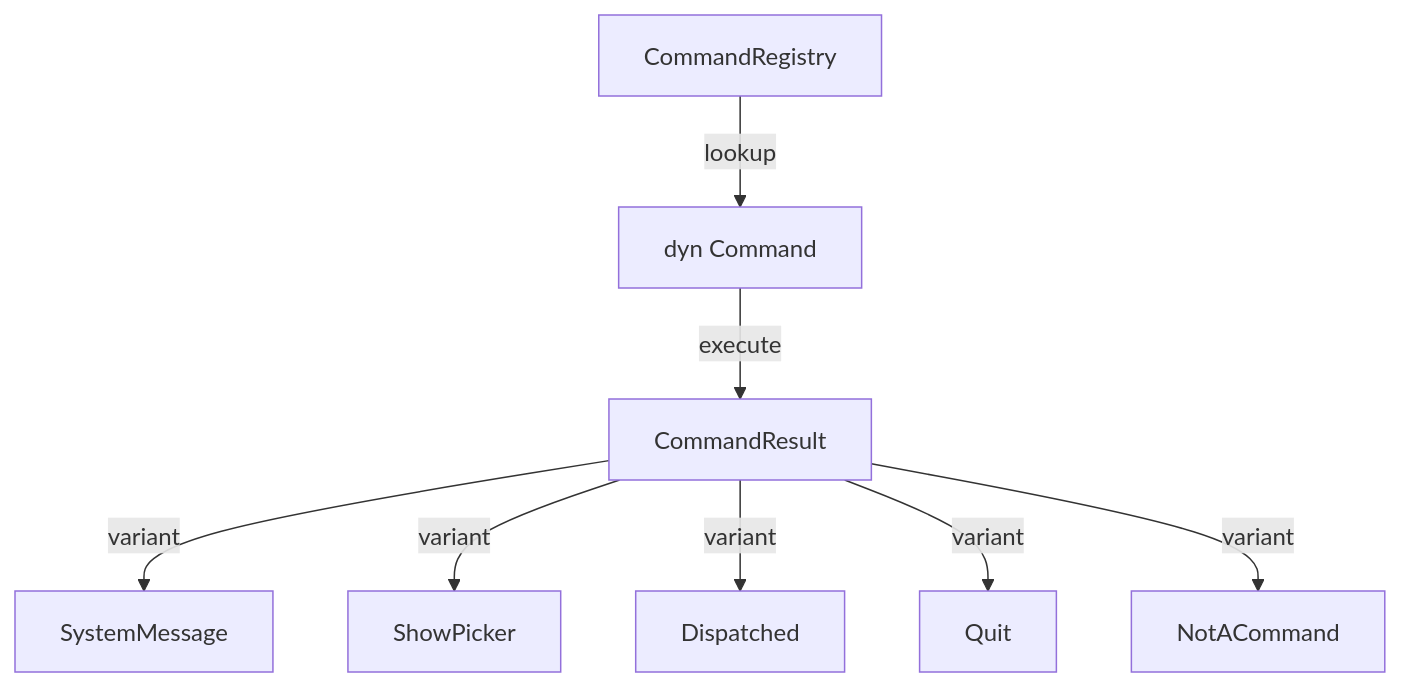
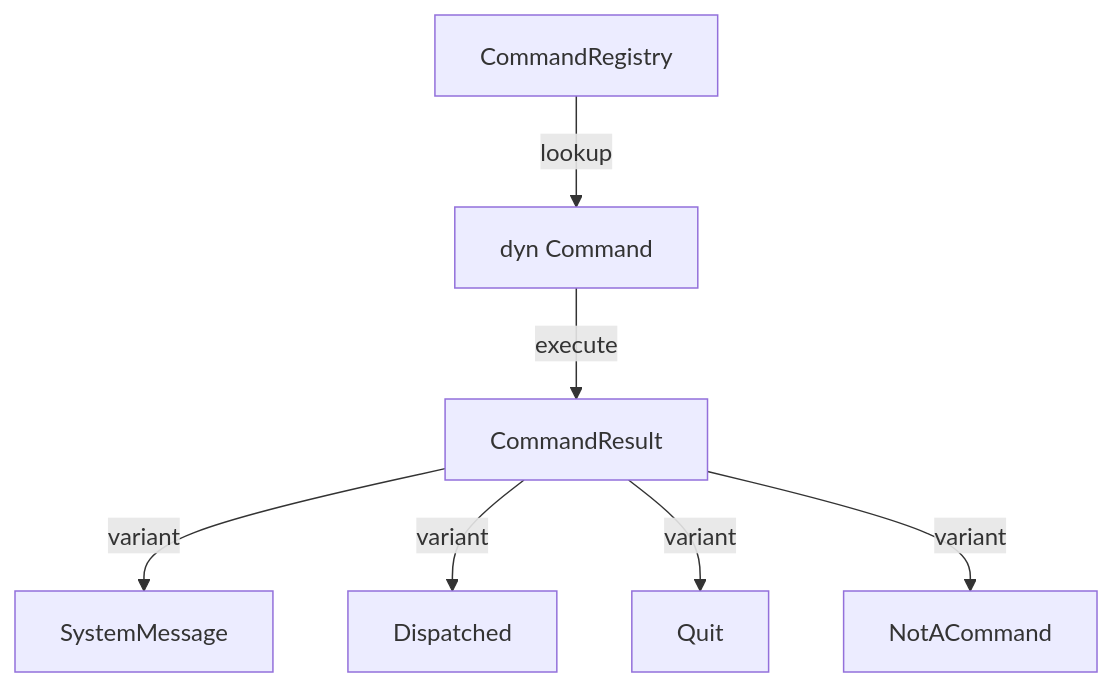
The fourth of 7 diagrams in .agents/summary/architecture.md (dwalleck/cyril), drawn with Mermaid before and after one commit. The commit also changed 8 other files, not shown here.

````diff
--- a/.agents/summary/architecture.md
+++ b/.agents/summary/architecture.md
@@ -114,10 +114,9 @@
 ```mermaid
 graph TB
     REGISTRY[CommandRegistry] -->|lookup| CMD[dyn Command]
     CMD -->|execute| RESULT[CommandResult]
     RESULT -->|variant| SYS[SystemMessage]
-    RESULT -->|variant| PICK[ShowPicker]
     RESULT -->|variant| DISP[Dispatched]
     RESULT -->|variant| QUIT[Quit]
     RESULT -->|variant| NAC[NotACommand]
 ```
````
